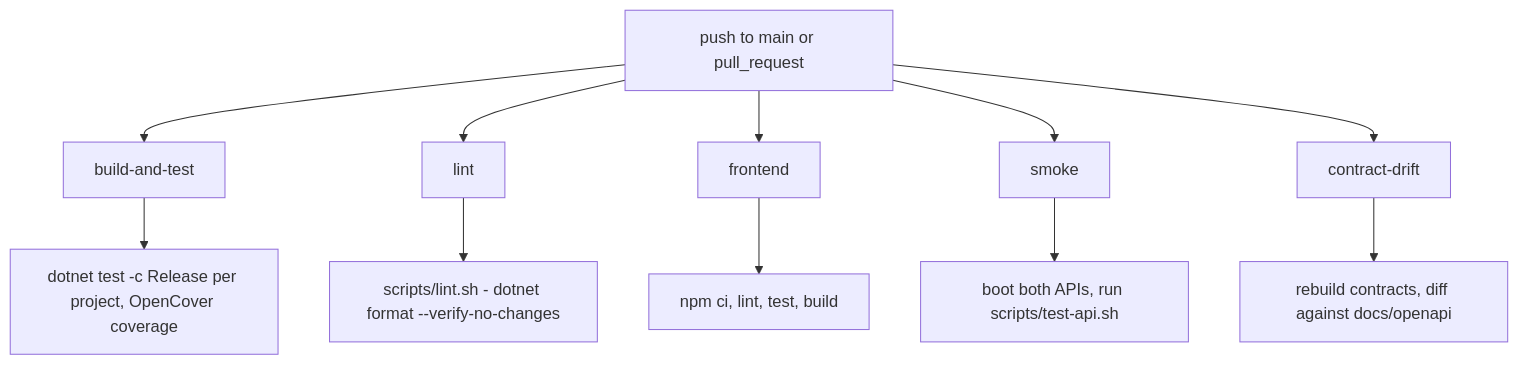
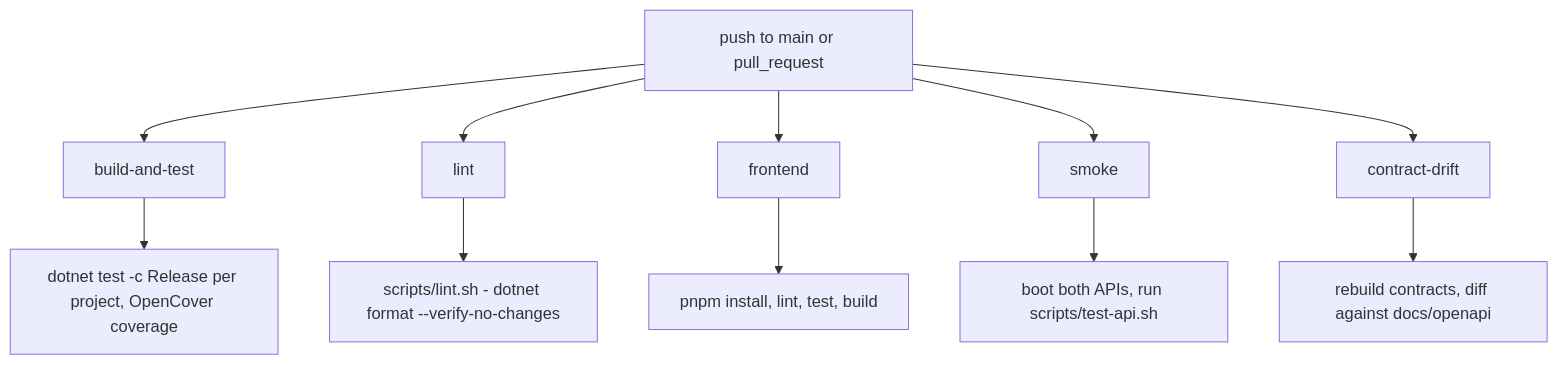
Before and after one commit to josnelihurt/code.examples.net.quotes: the seventh of 7 diagrams in docs/system-design.md, drawn with Mermaid. The commit also changed other lines of this file and 23 other files, not shown here.

First line of the commit message:
chore: replace npm with pnpm across the toolchain and ci

````diff
--- a/docs/system-design.md
+++ b/docs/system-design.md
@@ -267,21 +267,21 @@
 ```mermaid
 flowchart TD
   push["push to main or pull_request"]
   bt["build-and-test"]
   lint["lint"]
   fe["frontend"]
   smoke["smoke"]
   drift["contract-drift"]
 
   push --> bt
   push --> lint
   push --> fe
   push --> smoke
   push --> drift
 
   bt --> btd["dotnet test -c Release per project, OpenCover coverage"]
   lint --> lintd["scripts/lint.sh - dotnet format --verify-no-changes"]
-  fe --> fed["npm ci, lint, test, build"]
+  fe --> fed["pnpm install, lint, test, build"]
   smoke --> smoked["boot both APIs, run scripts/test-api.sh"]
   drift --> driftd["rebuild contracts, diff against docs/openapi"]
 ```
````
